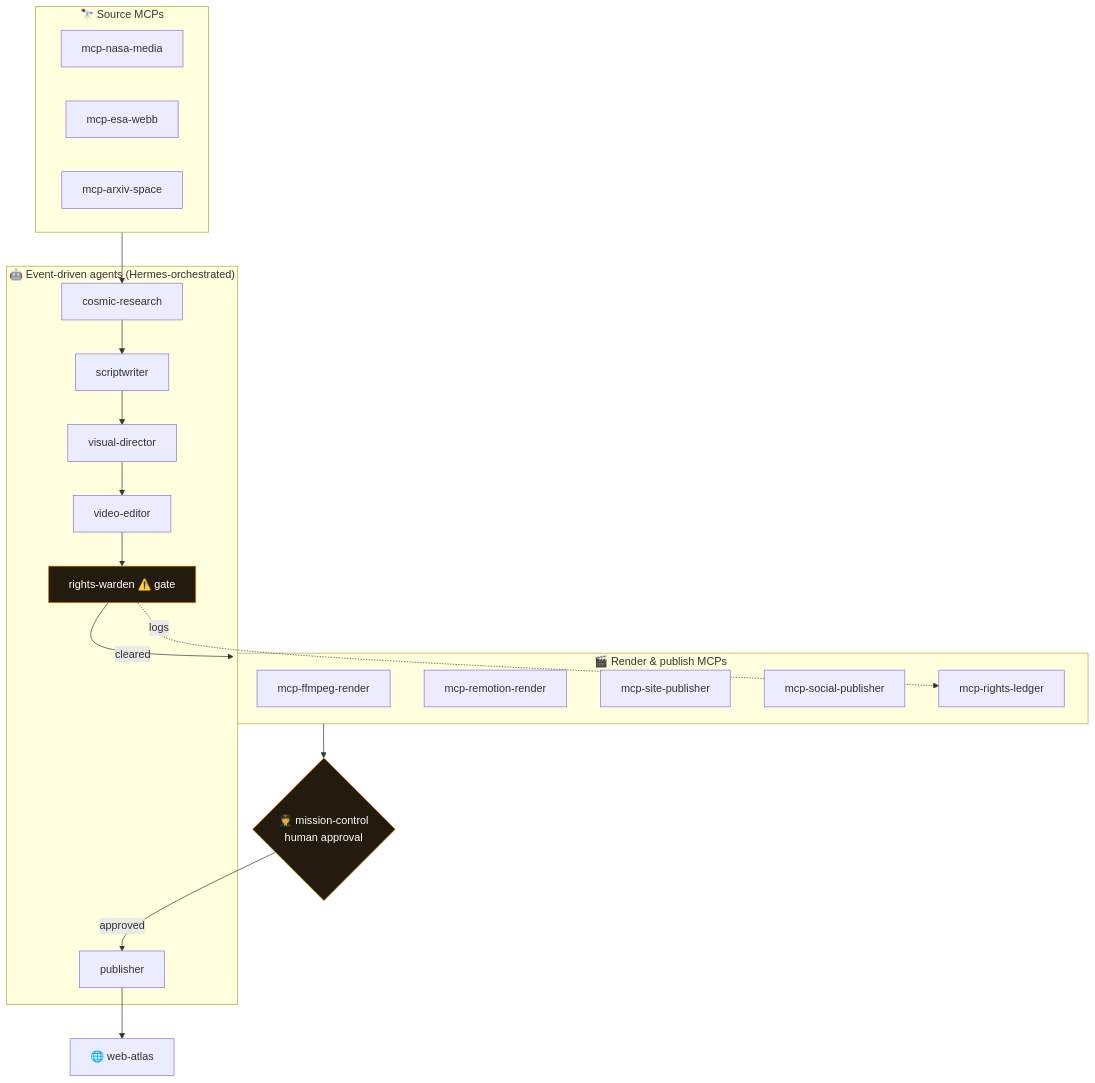
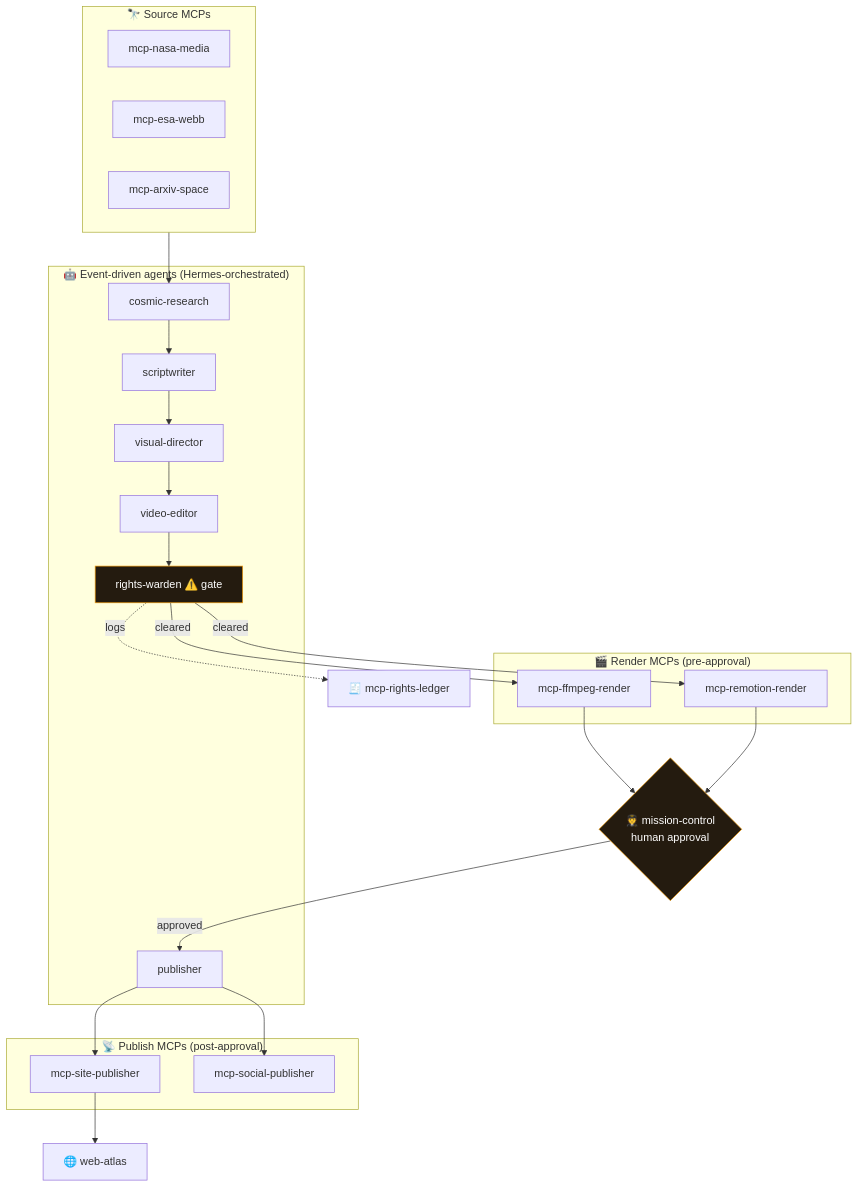
Before and after one commit to frankxai/starlight-cosmos-engine: the diagram in README.md, drawn with Mermaid. The commit also changed other lines of this file, not shown here.

First line of the commit message:
fix: correct mermaid publish-after-approval + agent count + nav anchors

````diff
--- a/README.md
+++ b/README.md
@@ -32,35 +36,41 @@
 ```mermaid
 flowchart TB
     subgraph Sources["🔭 Source MCPs"]
         NASA["mcp-nasa-media"]
         Webb["mcp-esa-webb"]
         Arxiv["mcp-arxiv-space"]
     end
     subgraph Agents["🤖 Event-driven agents (Hermes-orchestrated)"]
         Research["cosmic-research"]
         Script["scriptwriter"]
         Visual["visual-director"]
         Video["video-editor"]
         Rights["rights-warden ⚠️ gate"]
         Publish["publisher"]
     end
-    subgraph Render["🎬 Render & publish MCPs"]
+    subgraph Render["🎬 Render MCPs (pre-approval)"]
         FFmpeg["mcp-ffmpeg-render"]
         Remotion["mcp-remotion-render"]
+    end
+    subgraph PublishMcp["📡 Publish MCPs (post-approval)"]
         Site["mcp-site-publisher"]
         Social["mcp-social-publisher"]
-        Ledger["mcp-rights-ledger"]
     end
+    Ledger["🧾 mcp-rights-ledger"]
     Approval{"🧑‍✈️ mission-control<br/>human approval"}
     Atlas["🌐 web-atlas"]
 
-    Sources --> Research --> Script --> Visual --> Video
-    Video --> Rights
-    Rights -->|cleared| Render
-    Render --> Approval
-    Approval -->|approved| Publish --> Atlas
+    Sources --> Research --> Script --> Visual --> Video --> Rights
+    Rights -->|cleared| FFmpeg
+    Rights -->|cleared| Remotion
+    FFmpeg --> Approval
+    Remotion --> Approval
+    Approval -->|approved| Publish
+    Publish --> Site
+    Publish --> Social
+    Site --> Atlas
     Rights -.logs.-> Ledger
 
     classDef gate fill:#241B0F,stroke:#f59e0b,color:#fff;
     class Rights,Approval gate;
 ```
````
